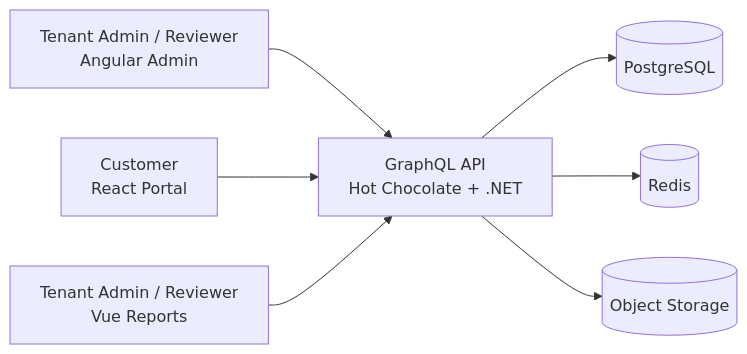
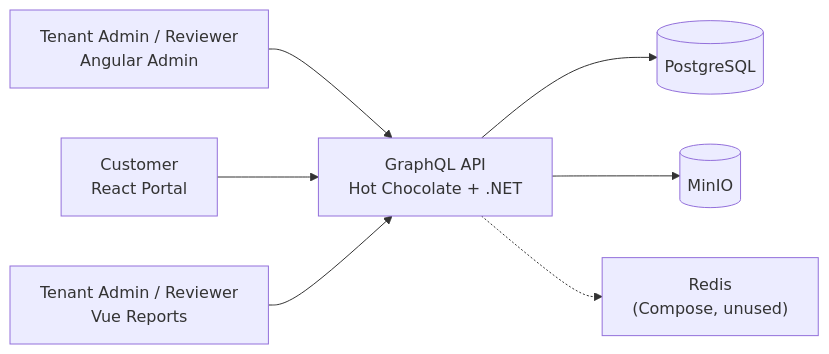
One commit to SDS37/kyc-multi-frontend changed the first of 8 diagrams in docs/architecture.md. Above: the diagram before and after it, drawn with Mermaid. The commit also changed other lines of this file and 20 other files, not shown here.

First line of the commit message:
docs: after-MVP wishlist and honest Redis/MediatR diagrams (#113)

````diff
--- a/docs/architecture.md
+++ b/docs/architecture.md
@@ -15,17 +17,17 @@
 ```mermaid
 flowchart LR
     Admin["Tenant Admin / Reviewer<br/>Angular Admin"]
     Customer["Customer<br/>React Portal"]
     Reports["Tenant Admin / Reviewer<br/>Vue Reports"]
     GQL["GraphQL API<br/>Hot Chocolate + .NET"]
     DB[(PostgreSQL)]
-    Cache[(Redis)]
-    Files[(Object Storage)]
+    Cache["Redis<br/>(Compose, unused)"]
+    Files[(MinIO)]
 
     Admin --> GQL
     Customer --> GQL
     Reports --> GQL
     GQL --> DB
-    GQL --> Cache
     GQL --> Files
+    GQL -.-> Cache
 ```
````
